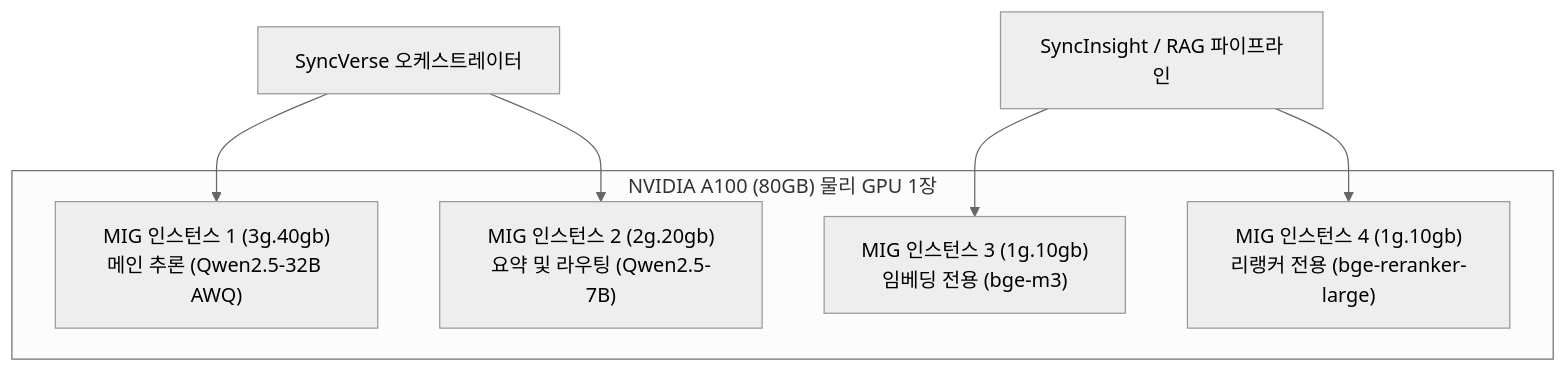
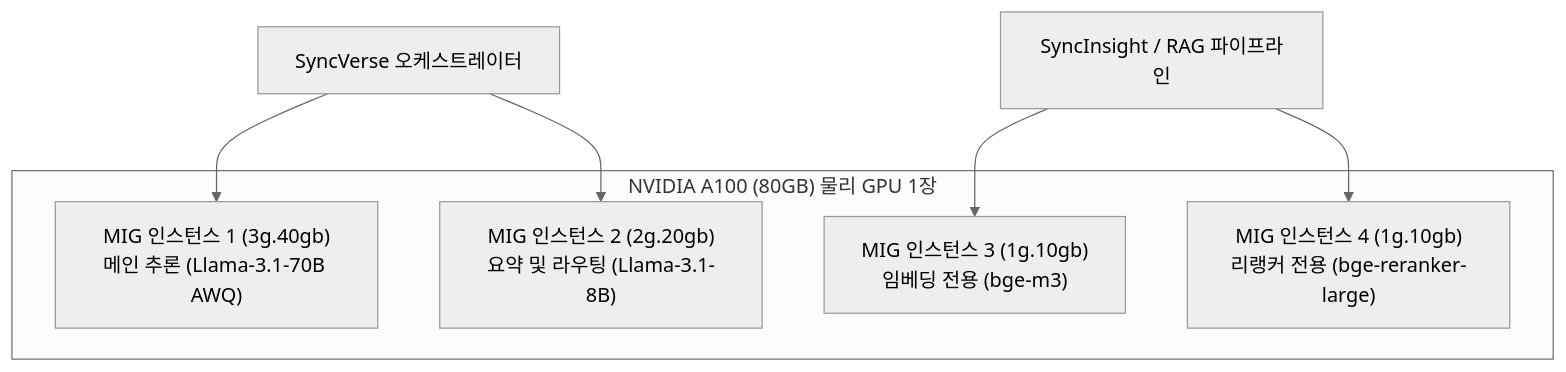
The diagram in ko/infra/onpremise-llm-gpu.md (DramaticCollaboration/doc.github.io), drawn with Mermaid (neutral theme) before and after one commit. The commit also changed other lines of this file and 49 other files, not shown here.

````diff
--- a/ko/infra/onpremise-llm-gpu.md
+++ b/ko/infra/onpremise-llm-gpu.md
@@ -17,12 +17,12 @@
 ```mermaid
 flowchart TD
     subgraph PhysicalGPU ["NVIDIA A100 (80GB) 물리 GPU 1장"]
-        MIG1["MIG 인스턴스 1 (3g.40gb)<br/>메인 추론 (Qwen2.5-32B AWQ)"]
-        MIG2["MIG 인스턴스 2 (2g.20gb)<br/>요약 및 라우팅 (Qwen2.5-7B)"]
+        MIG1["MIG 인스턴스 1 (3g.40gb)<br/>메인 추론 (Llama-3.1-70B AWQ)"]
+        MIG2["MIG 인스턴스 2 (2g.20gb)<br/>요약 및 라우팅 (Llama-3.1-8B)"]
         MIG3["MIG 인스턴스 3 (1g.10gb)<br/>임베딩 전용 (bge-m3)"]
         MIG4["MIG 인스턴스 4 (1g.10gb)<br/>리랭커 전용 (bge-reranker-large)"]
     end
 
     SyncVerse["SyncVerse 오케스트레이터"] --> MIG1 & MIG2
     SyncInsight["SyncInsight / RAG 파이프라인"] --> MIG3 & MIG4
 ```
````
